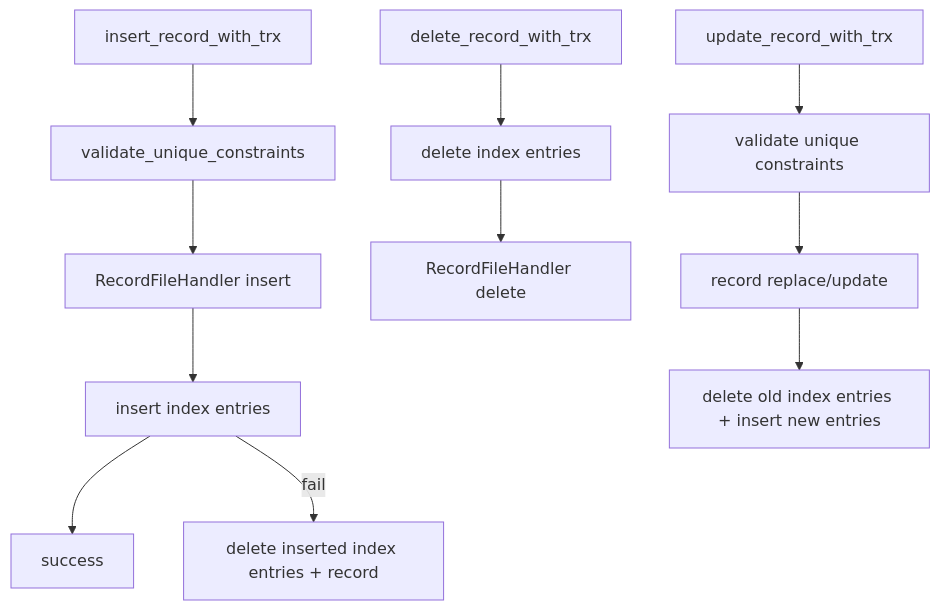
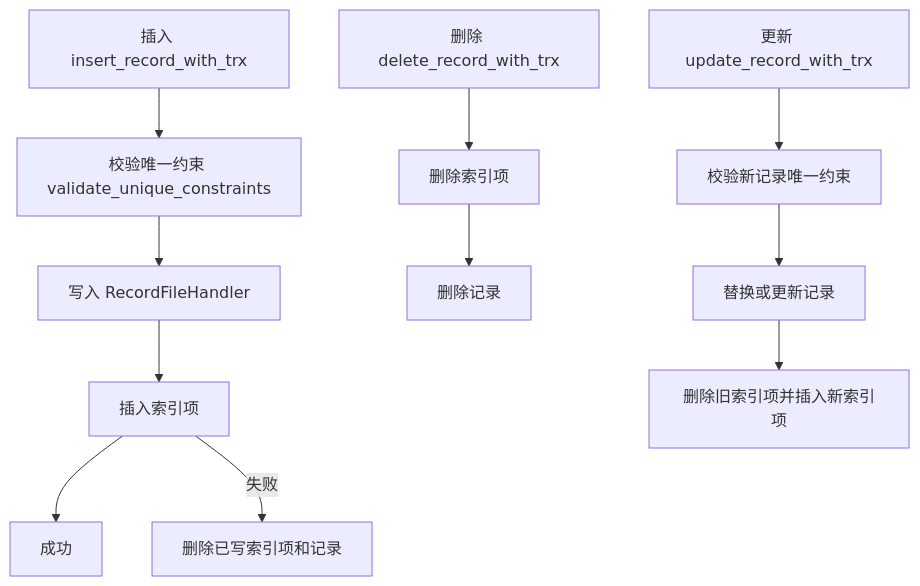
One commit to HyosungSink/MiniOB changed the third of 4 diagrams in Architecture.md. Above: the diagram before and after it, drawn with Mermaid. The commit also changed other lines of this file, not shown here.

Commit message:
Translate architecture document

````diff
--- a/Architecture.md
+++ b/Architecture.md
@@ -365,15 +350,15 @@
 ```mermaid
 flowchart TD
-  Insert[insert_record_with_trx] --> Unique[validate_unique_constraints]
-  Unique --> RecordFile[RecordFileHandler insert]
-  RecordFile --> Indexes[insert index entries]
-  Indexes --> OK[success]
-  Indexes -->|fail| Rollback[delete inserted index entries + record]
+  Insert[插入 insert_record_with_trx] --> Unique[校验唯一约束 validate_unique_constraints]
+  Unique --> RecordFile[写入 RecordFileHandler]
+  RecordFile --> Indexes[插入索引项]
+  Indexes --> OK[成功]
+  Indexes -->|失败| Rollback[删除已写索引项和记录]
 
-  Delete[delete_record_with_trx] --> DelIndex[delete index entries]
-  DelIndex --> DelRecord[RecordFileHandler delete]
+  Delete[删除 delete_record_with_trx] --> DelIndex[删除索引项]
+  DelIndex --> DelRecord[删除记录]
 
-  Update[update_record_with_trx] --> ValidateNew[validate unique constraints]
-  ValidateNew --> ChangeRecord[record replace/update]
-  ChangeRecord --> UpdateIndex[delete old index entries + insert new entries]
+  Update[更新 update_record_with_trx] --> ValidateNew[校验新记录唯一约束]
+  ValidateNew --> ChangeRecord[替换或更新记录]
+  ChangeRecord --> UpdateIndex[删除旧索引项并插入新索引项]
 ```
````
